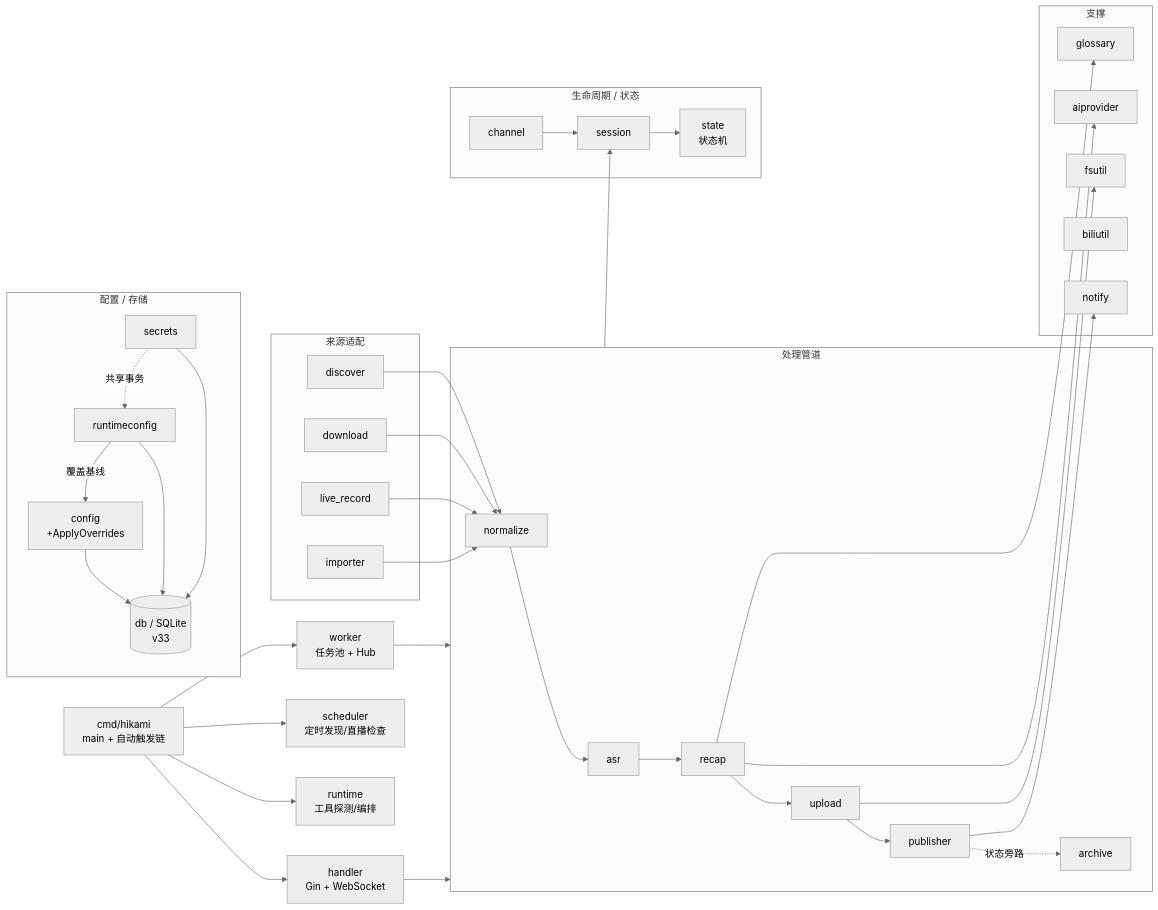
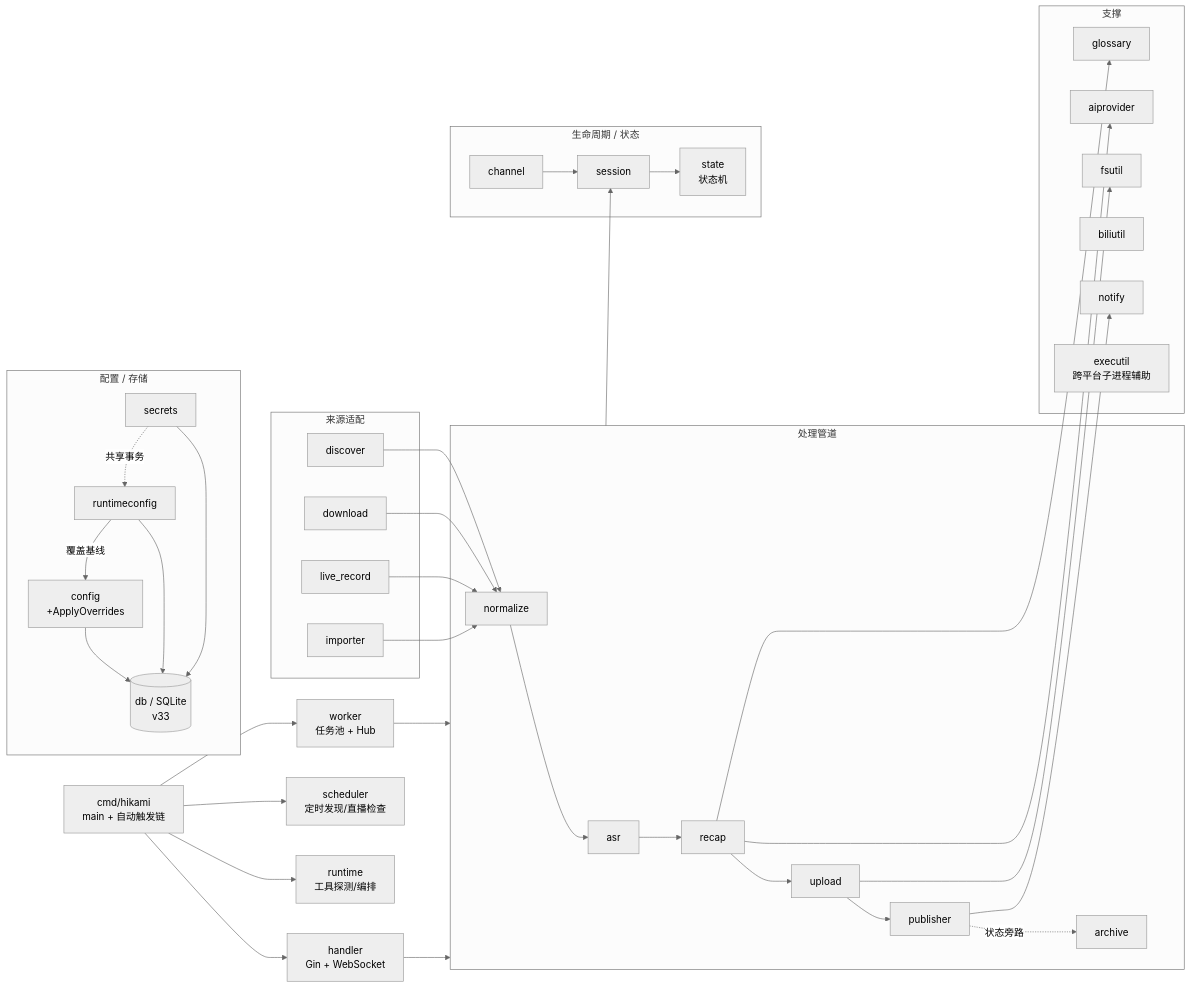
Before and after one commit to lililixxx1/hikami-go: the diagram in AGENTS.md, drawn with Mermaid (neutral theme). The commit also changed other lines of this file and 2 other files, not shown here.

First line of the commit message:
docs: 统一 handler 测试计数为函数口径 + 补 executil 结构段

````diff
--- a/AGENTS.md
+++ b/AGENTS.md
@@ -95,61 +96,62 @@
 ```mermaid
 graph LR
     CMD["cmd/hikami<br/>main + 自动触发链"]
     CMD --> HANDLER["handler<br/>Gin + WebSocket"]
     CMD --> RUNTIME["runtime<br/>工具探测/编排"]
     CMD --> SCHEDULER["scheduler<br/>定时发现/直播检查"]
     CMD --> WORKER["worker<br/>任务池 + Hub"]
 
     subgraph 来源["来源适配"]
         DISCOVER["discover"]
         DOWNLOAD["download"]
         LIVE_REC["live_record"]
         IMPORTER["importer"]
     end
     subgraph 管道["处理管道"]
         NORMALIZE["normalize"] --> ASR["asr"]
         ASR --> RECAP["recap"]
         RECAP --> UPLOAD["upload"]
         UPLOAD --> PUBLISHER["publisher"]
         PUBLISHER -.状态旁路.-> ARCHIVE["archive"]
     end
 
     HANDLER --> 管道
     WORKER --> 管道
     DISCOVER --> NORMALIZE
     DOWNLOAD --> NORMALIZE
     LIVE_REC --> NORMALIZE
     IMPORTER --> NORMALIZE
 
     subgraph 生命周期["生命周期 / 状态"]
         SESSION["session"]
         STATE["state<br/>状态机"]
         CHANNEL["channel"]
     end
     subgraph 配置存储["配置 / 存储"]
         CONFIG["config<br/>+ApplyOverrides"]
         DB[("db / SQLite<br/>v33")]
         SECRETS["secrets"]
         RUNTIMECFG["runtimeconfig"]
     end
     subgraph 支撑["支撑"]
         AIPROV["aiprovider"]
         GLOSSARY["glossary"]
         NOTIFY["notify"]
         BILIUTIL["biliutil"]
         FSUTIL["fsutil"]
+        EXECUTIL["executil<br/>跨平台子进程辅助"]
     end
 
     管道 --> SESSION
     SESSION --> STATE
     CHANNEL --> SESSION
     RUNTIMECFG -->|"覆盖基线"| CONFIG
     SECRETS -.共享事务.-> RUNTIMECFG
     RUNTIMECFG --> DB
     SECRETS --> DB
     CONFIG --> DB
     RECAP --> AIPROV
     RECAP --> GLOSSARY
     PUBLISHER --> NOTIFY
     UPLOAD --> FSUTIL
 ```
````
